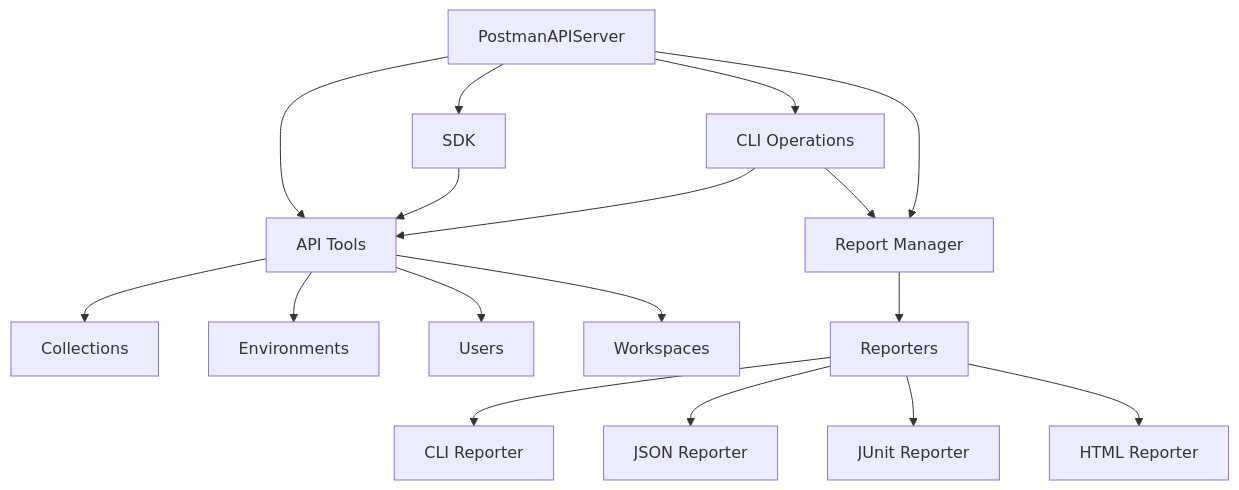
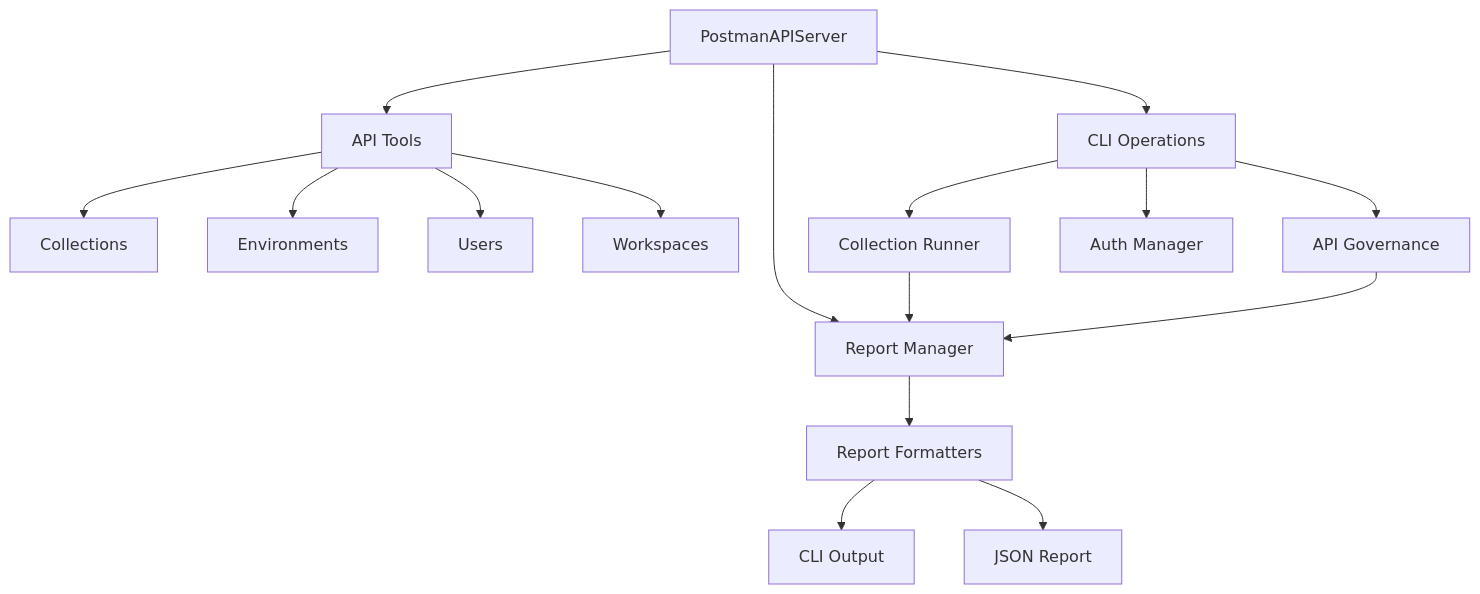
One commit to yukihito-jokyu/postman-mcp-server changed the diagram in docs/dev/postman-cli-design-doc.md. Above: the diagram before and after it, drawn with Mermaid. The commit also changed other lines of this file and 1 other file, not shown here.

Commit message:
CLI design review #1

````diff
--- a/docs/dev/postman-cli-design-doc.md
+++ b/docs/dev/postman-cli-design-doc.md
@@ -61,26 +53,22 @@
 ```mermaid
 graph TD
     A[PostmanAPIServer] --> B[API Tools]
-    A --> N[SDK]
     A --> C[CLI Operations]
     A --> D[Report Manager]
 
     B --> E[Collections]
     B --> F[Environments]
     B --> G[Users]
     B --> H[Workspaces]
 
-    C --> B
-    C --> D
-    N --> B
+    C --> I[Collection Runner]
+    C --> J[API Governance]
+    C --> K[Auth Manager]
 
-    D --> I[Reporters]
-    I --> J[CLI Reporter]
-    I --> K[JSON Reporter]
-    I --> L[JUnit Reporter]
-    I --> M[HTML Reporter]
+    I --> D
+    J --> D
 
-click B call linkCallback("/Users/d/Desktop/postman-cli-design-docs.md")
-click N call linkCallback("/Users/d/Desktop/postman-cli-design-docs.md")
-click C call linkCallback("/Users/d/Desktop/postman-cli-design-docs.md")
+    D --> L[Report Formatters]
+    L --> M[CLI Output]
+    L --> N[JSON Report]
 ```
````
